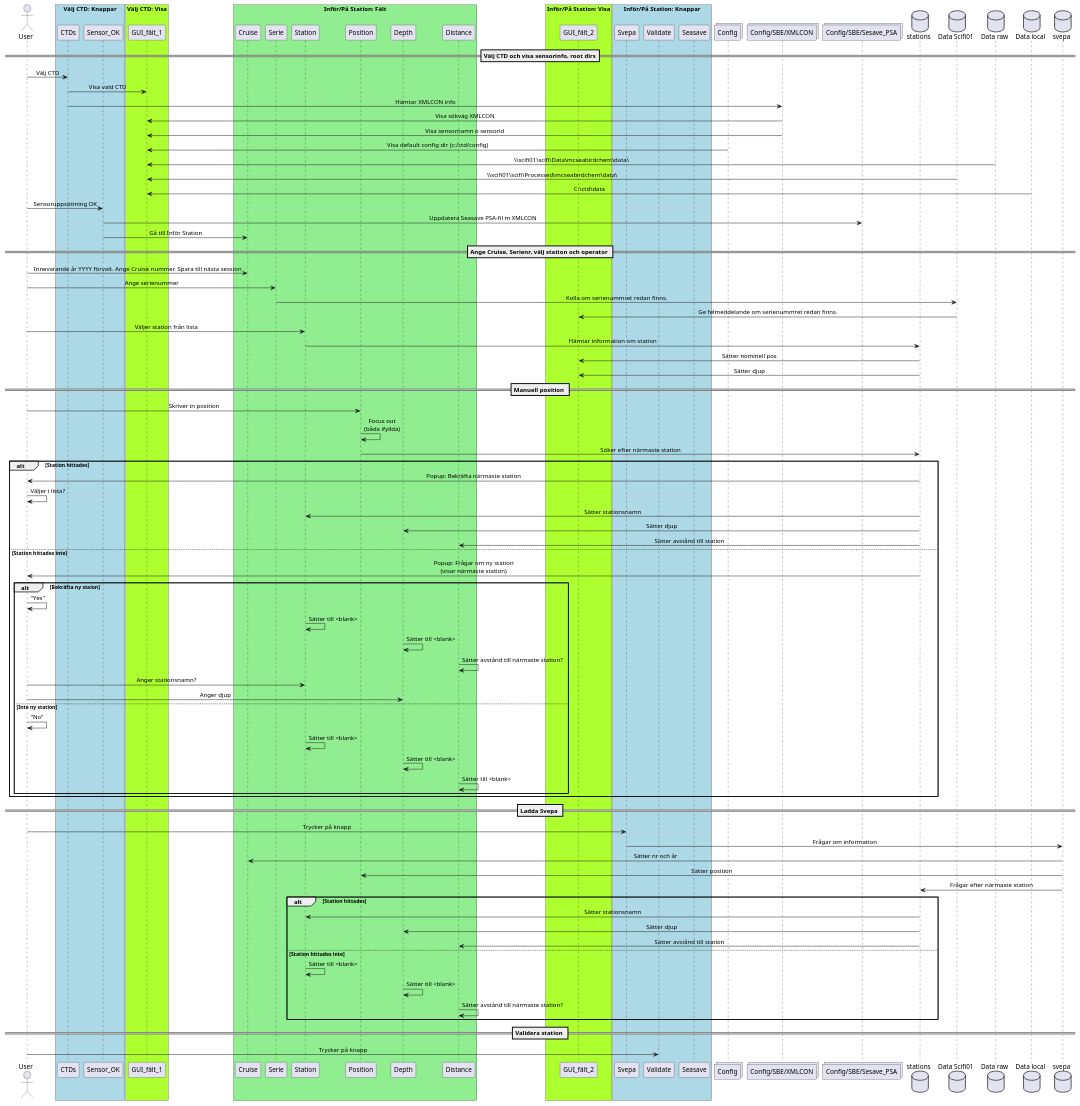
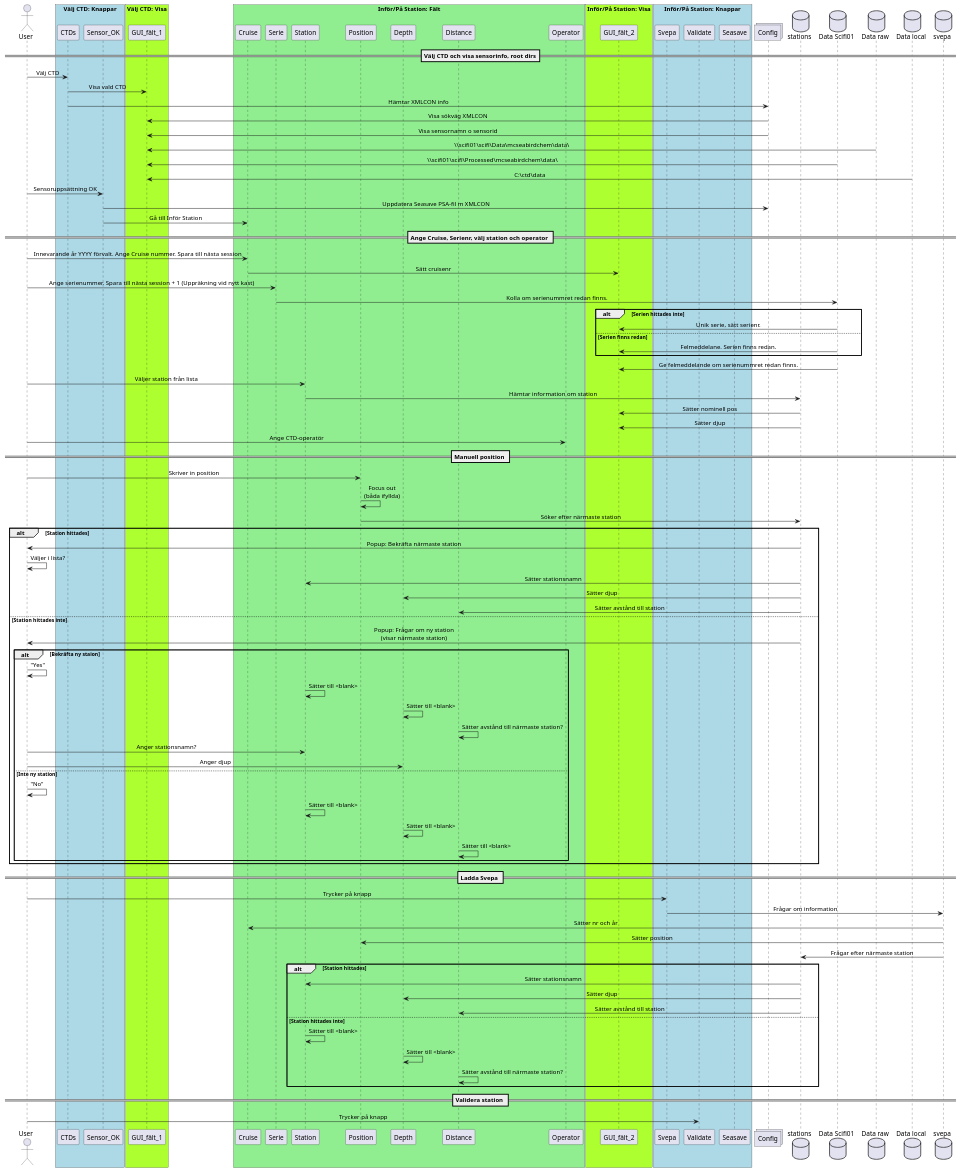
One commit to sharksmhi/SHARKtools_pre_system_Svea changed the diagram in docs/försystem_sequence.plantuml. Above: the diagram before and after it, drawn with PlantUML.

Commit message:
Har lagt gått igenom stationsdelen och check vid start av Seasave

```diff
--- a/docs/försystem_sequence.plantuml
+++ b/docs/försystem_sequence.plantuml
@@ -1,117 +1,126 @@
 @startuml Försystem
 'skinparam Style strictuml
 skinparam SequenceMessageAlignment center
 
 actor User
 box "Välj CTD: Knappar" #LightBlue
 participant CTDs
 participant "Sensor_OK"
 end box
 box "Välj CTD: Visa" #GreenYellow
 participant GUI_fält_1
 end box
 box "Inför/På Station: Fält" #LightGreen
 participant Cruise
 participant Serie
 participant Station
 participant Position
 participant Depth
 participant Distance
+participant Operator
 end box
 box "Inför/På Station: Visa" #GreenYellow
 participant GUI_fält_2
 end box
 
 box "Inför/På Station: Knappar" #LightBlue
 participant Svepa
 participant Validate
 participant Seasave
 end box
 collections Config
-collections "Config/SBE/XMLCON"
-collections "Config/SBE/Sesave_PSA"
+
 database stations 
 database "Data Scifi01"
 database "Data raw"
 database "Data local"
 
 database svepa
 
 == Välj CTD och visa sensorinfo, root dirs==
 User -> CTDs: Välj CTD
 CTDs -> GUI_fält_1: Visa vald CTD
-CTDs -> "Config/SBE/XMLCON": Hämtar XMLCON info 
-"Config/SBE/XMLCON" -> GUI_fält_1: Visa sökväg XMLCON 
-"Config/SBE/XMLCON" -> GUI_fält_1: Visa sensornamn o sensorid  
-Config -> GUI_fält_1: Visa default config dir (c:/ctd/config)
+CTDs -> "Config": Hämtar XMLCON info 
+Config -> GUI_fält_1: Visa sökväg XMLCON 
+Config -> GUI_fält_1: Visa sensornamn o sensorid  
 "Data raw" -> GUI_fält_1: \\\scifi01\\scifi\\Data\\mcseabirdchem\\data\\
 "Data Scifi01" -> GUI_fält_1: \\\scifi01\\scifi\\Processed\\mcseabirdchem\\data\\ 
 "Data local" -> GUI_fält_1: C:\ctd\data\
 
 User -> Sensor_OK: Sensoruppsättning OK
-Sensor_OK -> "Config/SBE/Sesave_PSA": Uppdatera Seasave PSA-fil m XMLCON
-Sensor_OK -> Cruise:Gå till Inför Station
+Sensor_OK -> Config: Uppdatera Seasave PSA-fil m XMLCON
+Sensor_OK -> Cruise: Gå till Inför Station
 
 == Ange Cruise, Serienr, välj station och operator ==
 User -> Cruise: Innevarande år YYYY förvalt. Ange Cruise nummer. Spara till nästa session
-User -> Serie: Ange serienummer
-Serie -> "Data Scifi01": Kolla om serienummret redan finns. 
+Cruise -> GUI_fält_2: Sätt cruisenr
+User -> Serie: Ange serienummer. Spara till nästa session + 1 (Uppräkning vid nytt kast)
+Serie -> "Data Scifi01": Kolla om serienummret redan finns.
+    alt Serien hittades inte
+        "Data Scifi01"-> GUI_fält_2: Unik serie, sätt serienr. 
+        else Serien finns redan
+        "Data Scifi01"-> GUI_fält_2: Felmeddelane. Serien finns redan.
+    end
+
+
+
 "Data Scifi01"-> GUI_fält_2: Ge felmeddelande om serienummret redan finns. 
 User -> Station : Väljer station från lista 
 Station -> stations : Hämtar information om station 
 stations -> GUI_fält_2 : Sätter nominell pos
 stations -> GUI_fält_2 : Sätter djup
+User -> Operator: Ange CTD-operatör
 
 
 == Manuell position ==
 User -> Position : Skriver in position
 Position -> Position : Focus out\n(båda ifyllda)
 Position -> stations : Söker efter närmaste station
     alt Station hittades 
         stations -> User : Popup: Bekräfta närmaste station 
         User -> User : Väljer i lista? 
         stations -> Station : Sätter stationsnamn
         stations -> Depth : Sätter djup 
         stations -> Distance : Sätter avstånd till station
     else Station hittades inte 
         stations -> User : Popup: Frågar om ny station\n(visar närmaste station)
         alt Bekräfta ny staion 
             User -> User : "Yes"
             Station -> Station : Sätter till <blank>
             Depth -> Depth : Sätter till <blank>
             Distance -> Distance : Sätter avstånd till närmaste station?
             User -> Station : Anger stationsnamn?
             User -> Depth : Anger djup
         else Inte ny station 
             User -> User : "No"
             Station -> Station : Sätter till <blank>
             Depth -> Depth : Sätter till <blank>
             Distance -> Distance : Sätter till <blank>
 
         end
     end
 
 
 == Ladda Svepa ==
 User -> Svepa : Trycker på knapp
 Svepa -> svepa : Frågar om information
 svepa -> Cruise : Sätter nr och år
 svepa -> Position : Sätter position
 svepa -> stations : Frågar efter närmaste station
     alt Station hittades 
         stations -> Station : Sätter stationsnamn
         stations -> Depth : Sätter djup 
         stations -> Distance : Sätter avstånd till station
     else Station hittades inte
         Station -> Station : Sätter till <blank>
         Depth -> Depth : Sätter till <blank>
         Distance -> Distance : Sätter avstånd till närmaste station?
     end
 
 
 
 == Validera station ==
 User -> Validate : Trycker på knapp 
 
 
 @enduml
```
